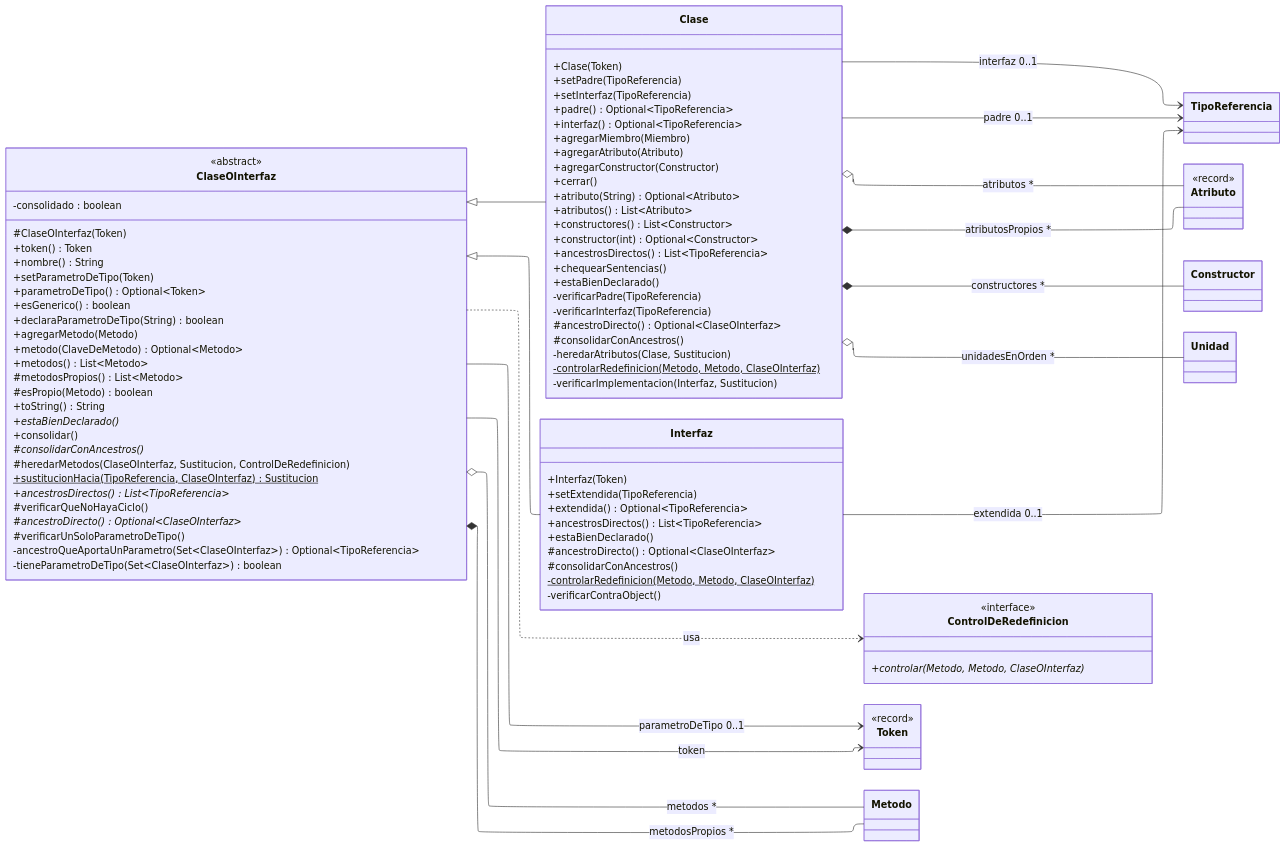
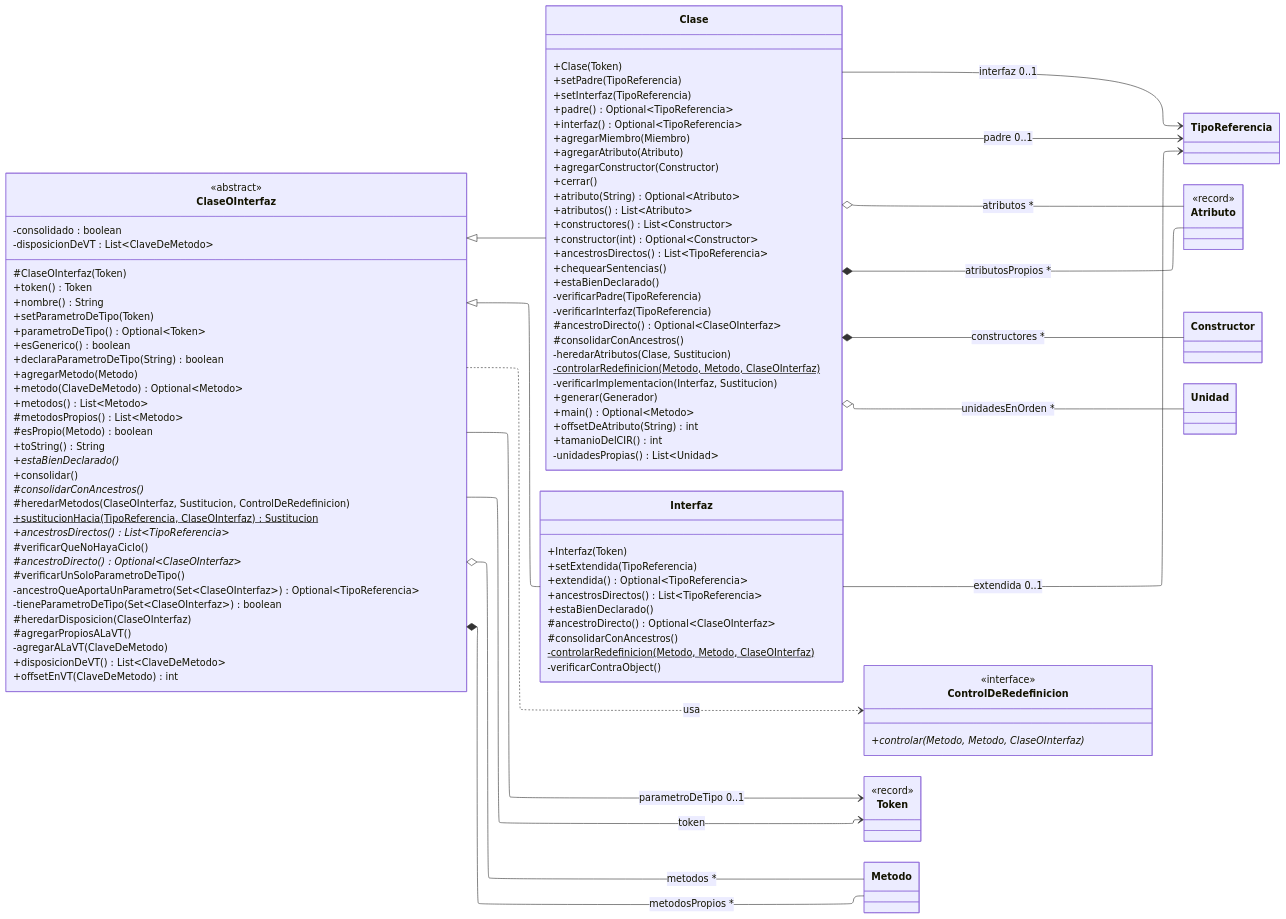
Before and after one commit to agustinpaul0/Proyecto-CEI: the third of 5 diagrams in documentacion/semantico/arquitectura-del-analizador-semantico.md, drawn with Mermaid. The commit also changed other lines of this file and 27 other files, not shown here.

```diff
--- a/documentacion/semantico/arquitectura-del-analizador-semantico.md
+++ b/documentacion/semantico/arquitectura-del-analizador-semantico.md
@@ -169,6 +180,12 @@
         #verificarUnSoloParametroDeTipo()
         -ancestroQueAportaUnParametro(Set~ClaseOInterfaz~) Optional~TipoReferencia~
         -tieneParametroDeTipo(Set~ClaseOInterfaz~) boolean
+        -disposicionDeVT : List~ClaveDeMetodo~
+        #heredarDisposicion(ClaseOInterfaz)
+        #agregarPropiosALaVT()
+        -agregarALaVT(ClaveDeMetodo)
+        +disposicionDeVT() List~ClaveDeMetodo~
+        +offsetEnVT(ClaveDeMetodo) int
     }
     class ControlDeRedefinicion {
         <<interface>>
@@ -198,6 +215,11 @@
         -heredarAtributos(Clase, Sustitucion)
         -controlarRedefinicion(Metodo, Metodo, ClaseOInterfaz)$
         -verificarImplementacion(Interfaz, Sustitucion)
+        +generar(Generador)
+        +main() Optional~Metodo~
+        +offsetDeAtributo(String) int
+        +tamanioDelCIR() int
+        -unidadesPropias() List~Unidad~
     }
     class Interfaz {
         +Interfaz(Token)
```
